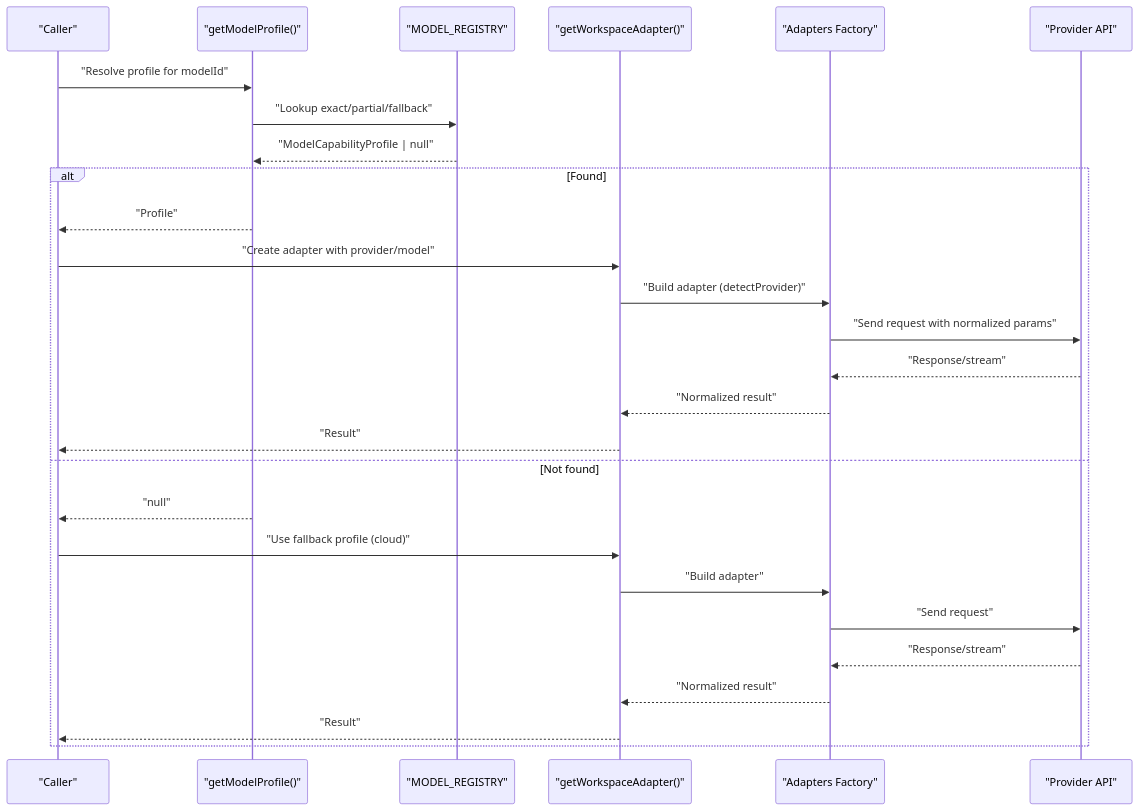
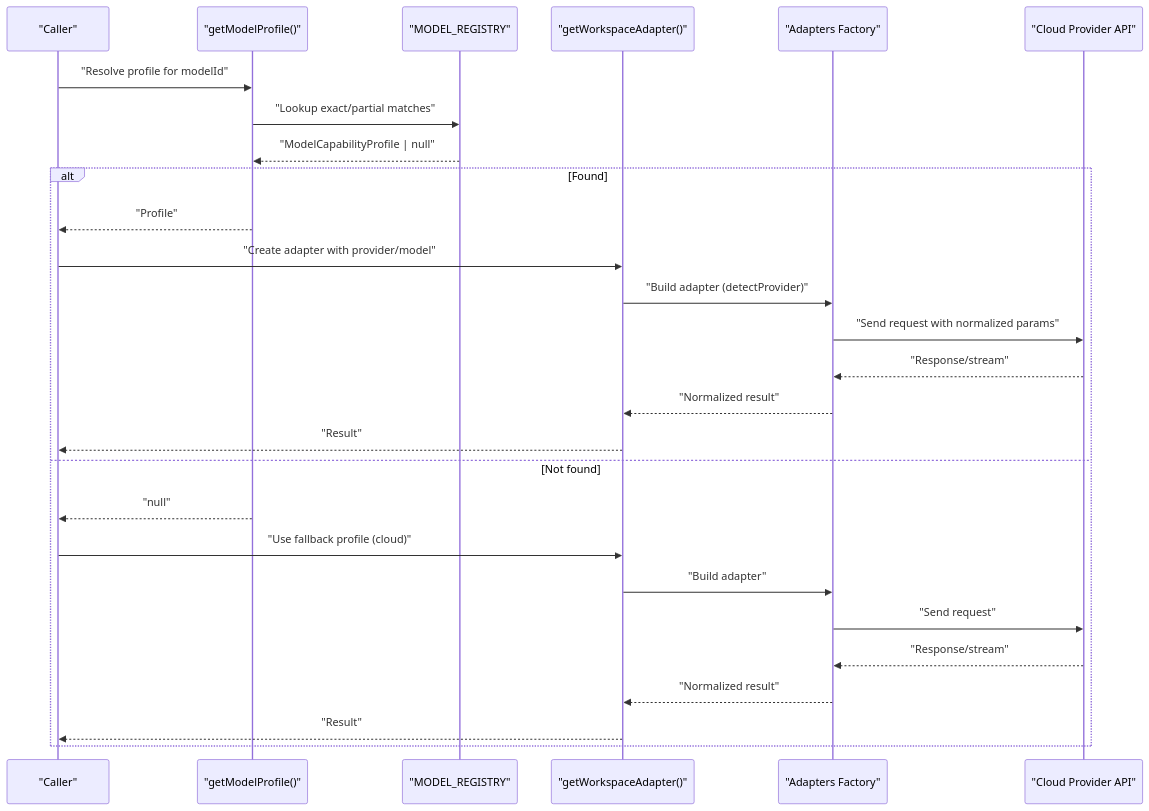
Before and after one commit to shekhargiri005-dotcom/AI-powered-accessibility-first-UI-engine: the second of 5 diagrams in .qoder/repowiki/en/content/AI Generation Engine/Model Configuration & Selection/Model Registry & Profiles.md, drawn with Mermaid. The commit also changed other lines of this file and 10 other files, not shown here.

````diff
--- a/.qoder/repowiki/en/content/AI Generation Engine/Model Configuration & Selection/Model Registry & Profiles.md
+++ b/.qoder/repowiki/en/content/AI Generation Engine/Model Configuration & Selection/Model Registry & Profiles.md
@@ -88,29 +86,29 @@
 ```mermaid
 sequenceDiagram
 participant Client as "Caller"
 participant Resolver as "getModelProfile()"
 participant Registry as "MODEL_REGISTRY"
 participant Adapter as "getWorkspaceAdapter()"
 participant Factory as "Adapters Factory"
-participant Provider as "Provider API"
+participant Provider as "Cloud Provider API"
 Client->>Resolver : "Resolve profile for modelId"
-Resolver->>Registry : "Lookup exact/partial/fallback"
+Resolver->>Registry : "Lookup exact/partial matches"
 Registry-->>Resolver : "ModelCapabilityProfile | null"
 alt Found
 Resolver-->>Client : "Profile"
 Client->>Adapter : "Create adapter with provider/model"
 Adapter->>Factory : "Build adapter (detectProvider)"
 Factory->>Provider : "Send request with normalized params"
 Provider-->>Factory : "Response/stream"
 Factory-->>Adapter : "Normalized result"
 Adapter-->>Client : "Result"
 else Not found
 Resolver-->>Client : "null"
 Client->>Adapter : "Use fallback profile (cloud)"
 Adapter->>Factory : "Build adapter"
 Factory->>Provider : "Send request"
 Provider-->>Factory : "Response/stream"
 Factory-->>Adapter : "Normalized result"
 Adapter-->>Client : "Result"
 end
 ```
````
